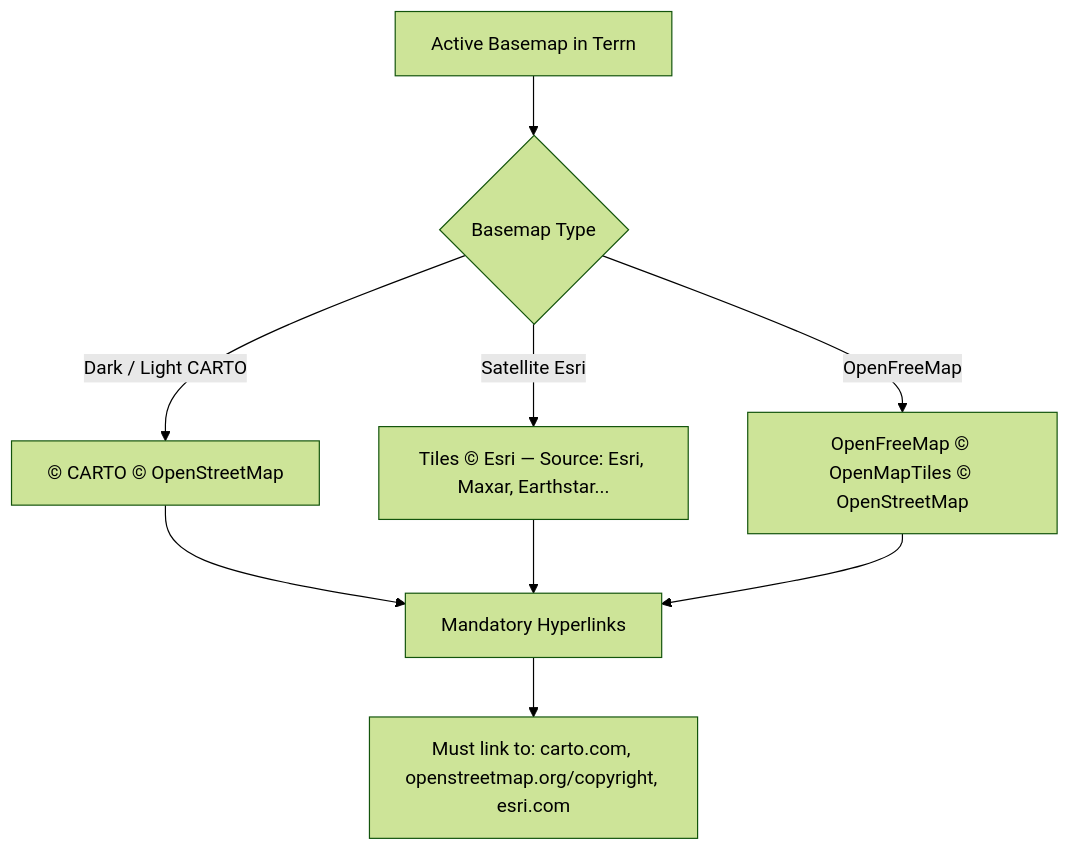
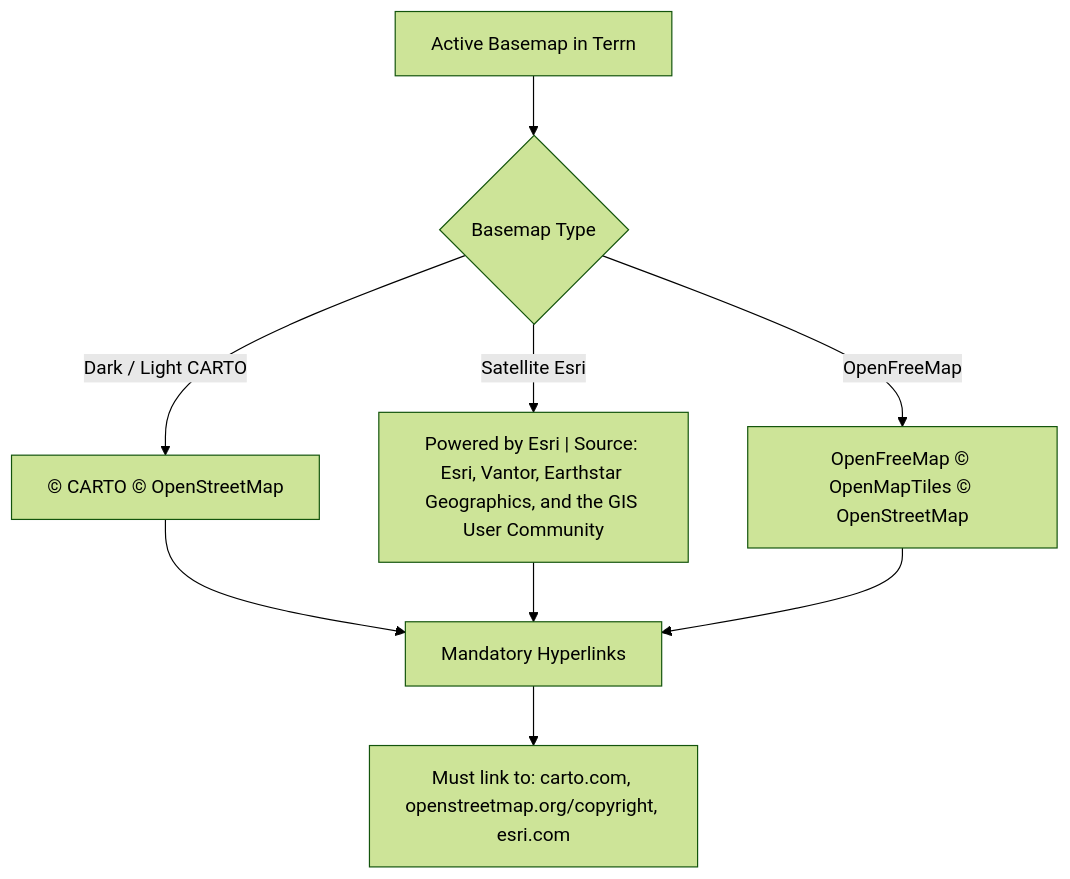
One commit to saqibmobin/terrn_artifacts changed the diagram in design/Terrn_Basemap_Attribution_Competitive_Benchmark_and_Design.md. Above: the diagram before and after it, drawn with Mermaid (forest theme). The commit also changed other lines of this file, not shown here.

````diff
--- a/design/Terrn_Basemap_Attribution_Competitive_Benchmark_and_Design.md
+++ b/design/Terrn_Basemap_Attribution_Competitive_Benchmark_and_Design.md
@@ -66,12 +111,12 @@
 ```mermaid
 flowchart TD
     A[Active Basemap in Terrn] --> B{Basemap Type}
     B -->|Dark / Light CARTO| C["© CARTO © OpenStreetMap"]
-    B -->|Satellite Esri| D["Tiles © Esri — Source: Esri, Maxar, Earthstar..."]
+    B -->|Satellite Esri| D["Powered by Esri | Source: Esri, Vantor, Earthstar Geographics, and the GIS User Community"]
     B -->|OpenFreeMap| E["OpenFreeMap © OpenMapTiles © OpenStreetMap"]
 
     C --> F[Mandatory Hyperlinks]
     D --> F
     E --> F
     F --> G["Must link to: carto.com, openstreetmap.org/copyright, esri.com"]
 ```
````
